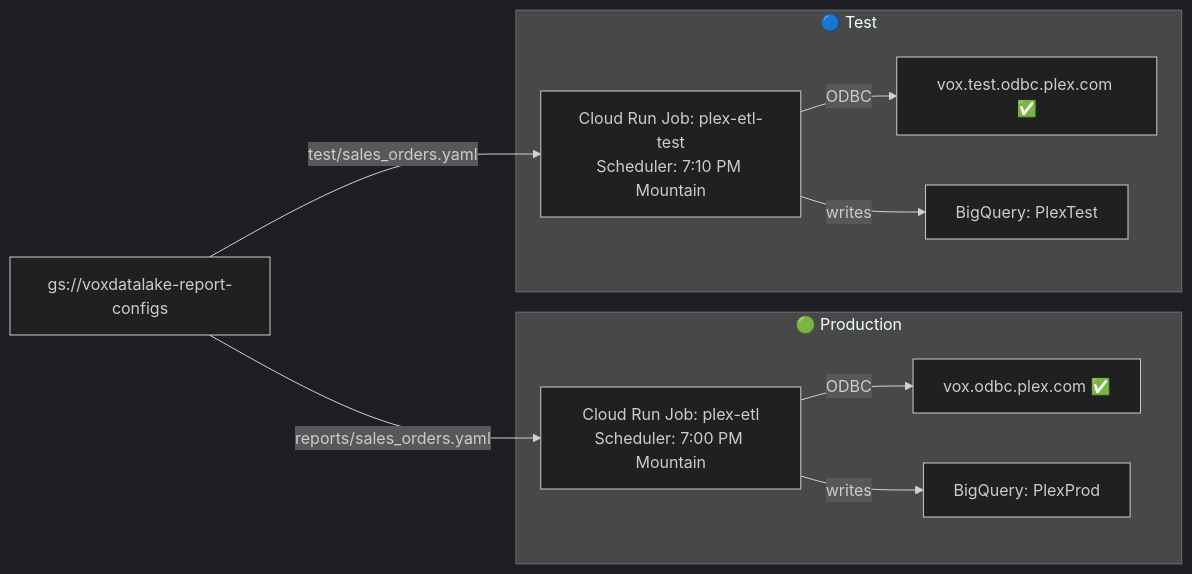
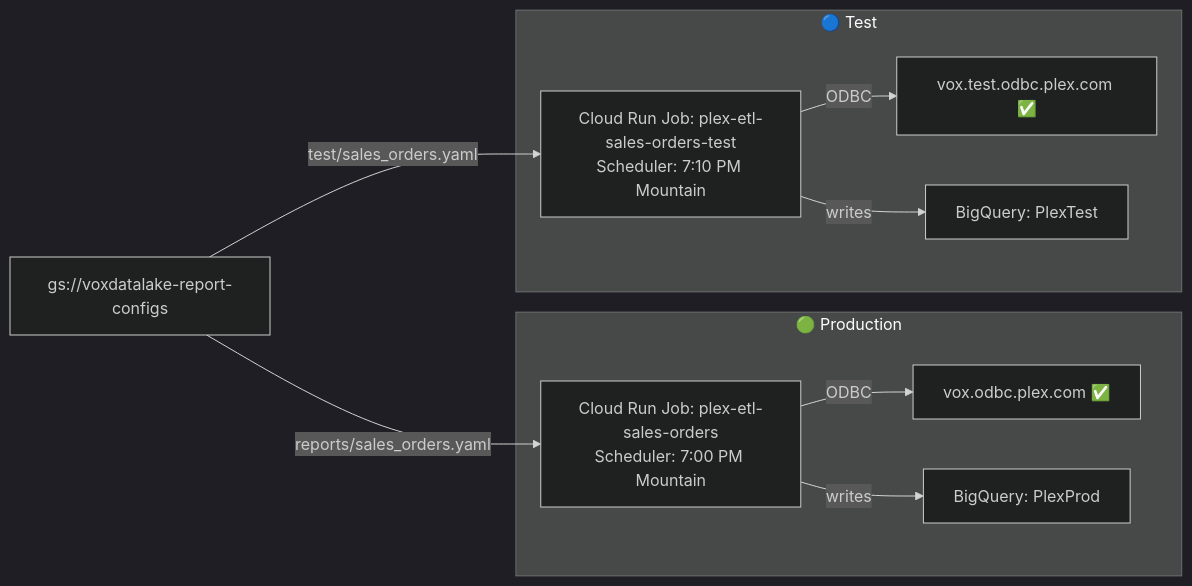
The third of 5 diagrams in docs/FRONTEND_GUIDE.md (Parasol-Group-Inc/plex-to-big-query), drawn with Mermaid (dark theme) before and after one commit. The commit also changed other lines of this file and 94 other files, not shown here.

````diff
--- a/docs/FRONTEND_GUIDE.md
+++ b/docs/FRONTEND_GUIDE.md
@@ -208,23 +208,23 @@
 ```mermaid
 graph LR
     GCS["gs://voxdatalake-report-configs"]
 
     subgraph PROD["🟢 Production"]
-        PJ["Cloud Run Job: plex-etl\nScheduler: 7:00 PM Mountain"]
+        PJ["Cloud Run Job: plex-etl-sales-orders\nScheduler: 7:00 PM Mountain"]
         PH["vox.odbc.plex.com ✅"]
         PD["BigQuery: PlexProd"]
         PJ -->|ODBC| PH
         PJ -->|writes| PD
     end
 
     subgraph TEST["🔵 Test"]
-        TJ["Cloud Run Job: plex-etl-test\nScheduler: 7:10 PM Mountain"]
+        TJ["Cloud Run Job: plex-etl-sales-orders-test\nScheduler: 7:10 PM Mountain"]
         TH["vox.test.odbc.plex.com ✅"]
         TD["BigQuery: PlexTest"]
         TJ -->|ODBC| TH
         TJ -->|writes| TD
     end
 
     GCS -->|"reports/sales_orders.yaml"| PJ
     GCS -->|"test/sales_orders.yaml"| TJ
 ```
````
